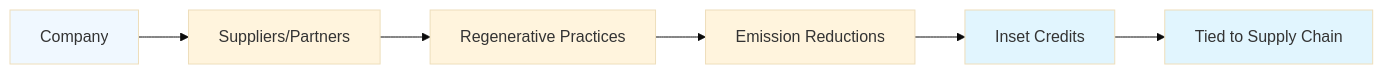
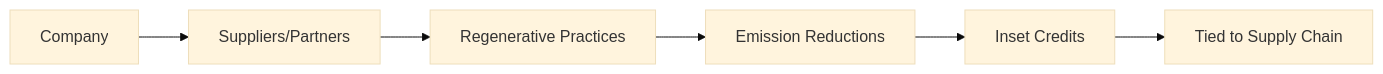
Before and after one commit to co3org/Industrial-Decarbonization: the second of 4 diagrams in Insetting.md, drawn with Mermaid (base theme). The commit also changed other lines of this file, not shown here.

Commit message:
Insetting diagrams fixes

````diff
--- a/Insetting.md
+++ b/Insetting.md
@@ -50,12 +45,8 @@
 ```mermaid
 flowchart LR
     A[Company] --> B[Suppliers/Partners]
     B --> C[Regenerative Practices]
     C --> D[Emission Reductions]
     D --> E[Inset Credits]
     E --> F[Tied to Supply Chain]
-    
-    style A fill:#f0f8ff
-    style E fill:#e1f5fe
-    style F fill:#e1f5fe
 ```
````
